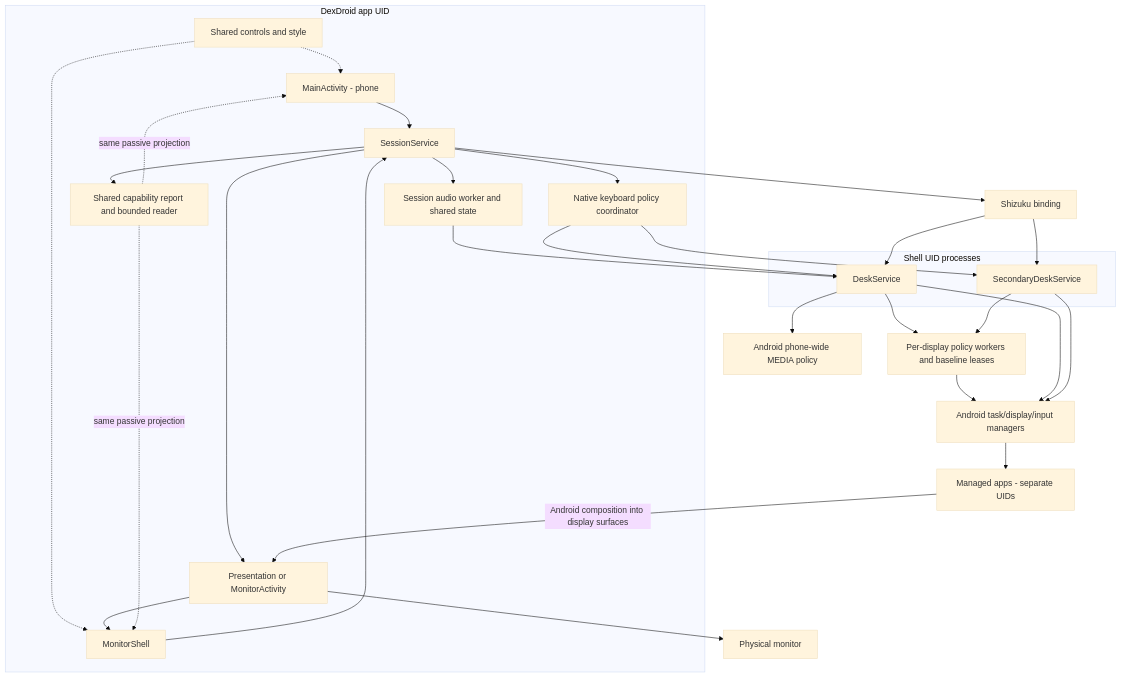
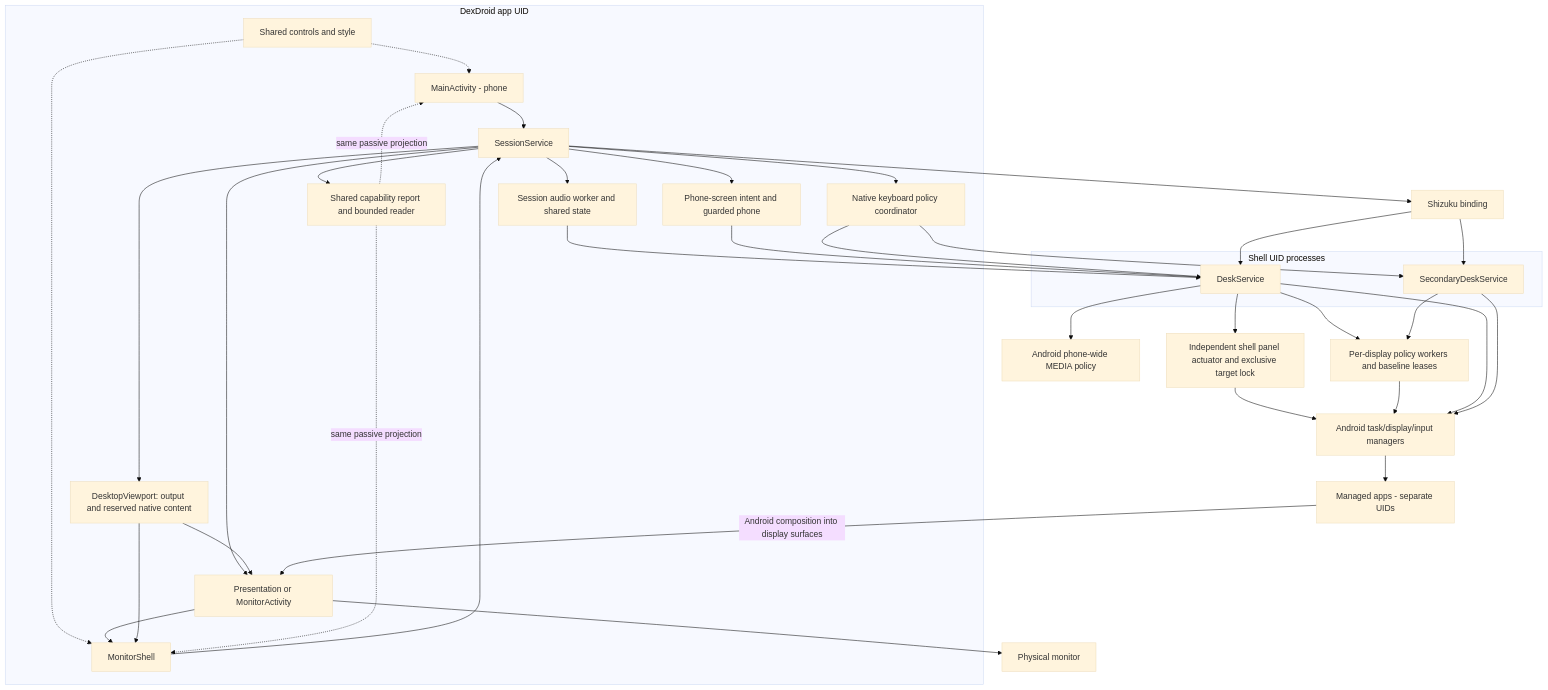
One commit to PhiLong-Ho/DexDroid changed the first of 4 diagrams in docs/ARCHITECTURE.md. Above: the diagram before and after it, drawn with Mermaid (base theme). The commit also changed 92 other files, not shown here.

Commit message:
Add phone screen power control and reserved monitor taskbar (#14)

````diff
--- a/docs/ARCHITECTURE.md
+++ b/docs/ARCHITECTURE.md
@@ -20,47 +20,56 @@
 ```mermaid
 flowchart TB
     subgraph App[DexDroid app UID]
         Phone[MainActivity - phone]
         Shared[Shared controls and style]
         Session[SessionService]
         Audio[Session audio worker and shared state]
         Keyboard[Native keyboard policy coordinator]
+        PanelIntent[Phone-screen intent and guarded phone]
         Capabilities[Shared capability report and bounded reader]
         Host[Presentation or MonitorActivity]
         ShellUI[MonitorShell]
+        Viewport[DesktopViewport: output and reserved native content]
         Phone --> Session
         Shared -.-> Phone
         Shared -.-> ShellUI
         ShellUI --> Session
         Host --> ShellUI
         Session --> Host
+        Session --> Viewport
+        Viewport --> Host
+        Viewport --> ShellUI
         Session --> Capabilities
         Capabilities -.->|same passive projection| Phone
         Capabilities -.->|same passive projection| ShellUI
     end
     Shizuku[Shizuku binding]
     subgraph Privileged[Shell UID processes]
         Primary[DeskService]
         Secondary[SecondaryDeskService]
     end
     Android[Android task/display/input managers]
     Apps[Managed apps - separate UIDs]
     Output[Physical monitor]
     Session --> Audio
     Audio --> Primary
     Session --> Keyboard
+    Session --> PanelIntent
+    PanelIntent --> Primary
+    Primary --> PanelActuator[Independent shell panel actuator and exclusive target lock]
+    PanelActuator --> Android
     Keyboard --> Primary
     Keyboard --> Secondary
     Primary --> Ime[Per-display policy workers and baseline leases]
     Secondary --> Ime
     Ime --> Android
     Primary --> AudioPolicy[Android phone-wide MEDIA policy]
     Session --> Shizuku
     Shizuku --> Primary
     Shizuku --> Secondary
     Primary --> Android
     Secondary --> Android
     Android --> Apps
     Apps -->|Android composition into display surfaces| Host
     Host --> Output
 ```
````
